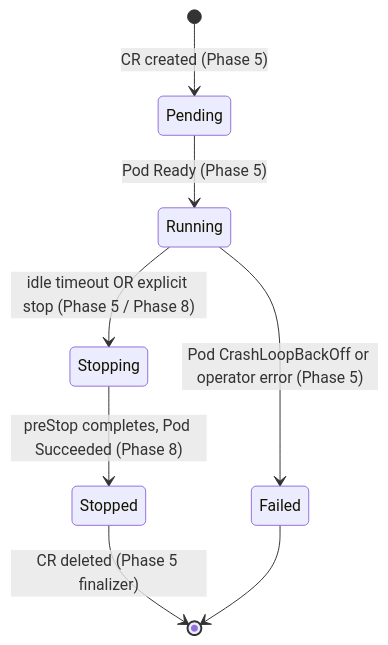
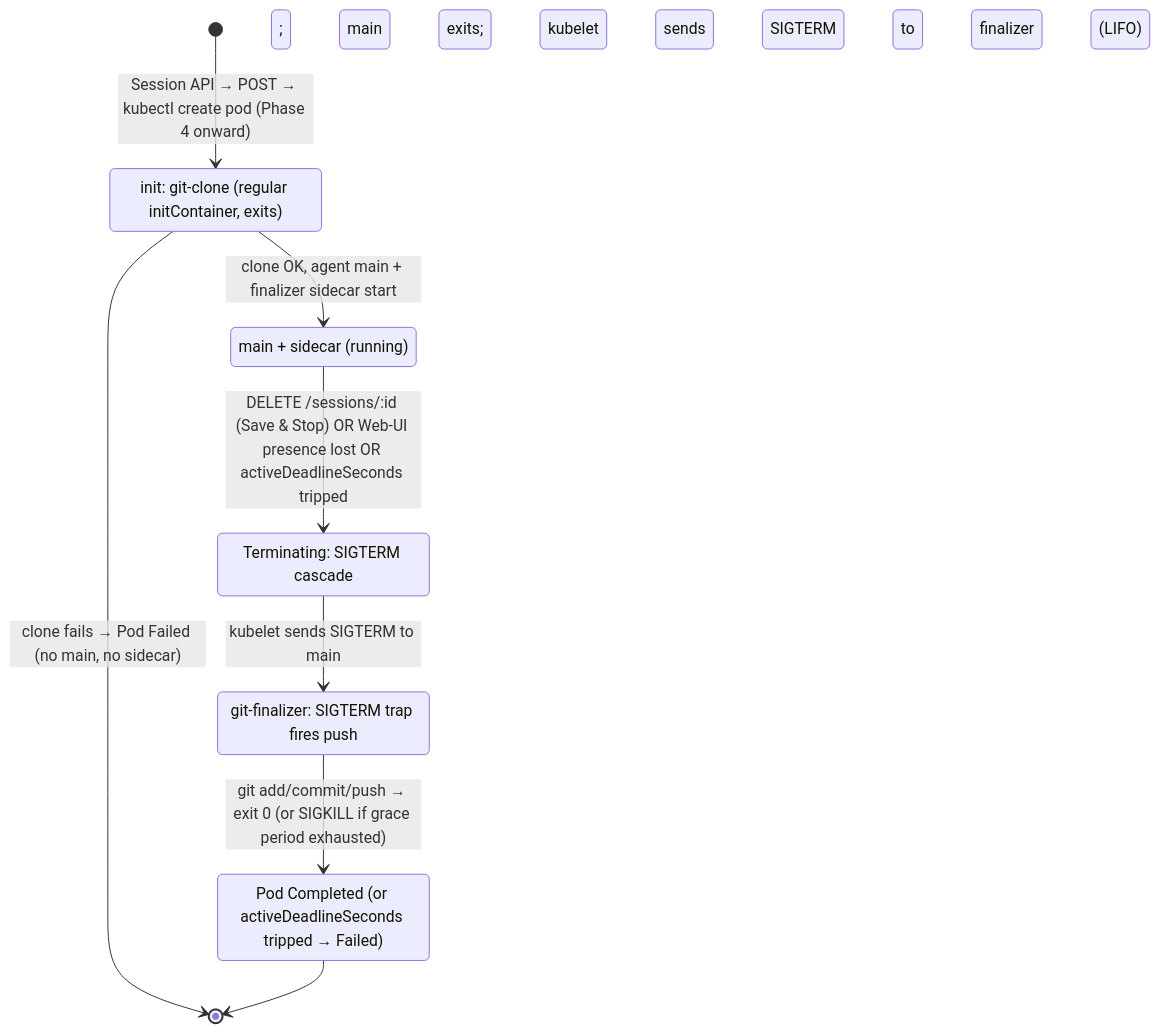
Before and after one commit to drigofonte/openvoid: the second of 3 diagrams in docs/plans/2026-05-01-001-feat-v1-staged-walkthrough-plan.md, drawn with Mermaid. The commit also changed other lines of this file and 1 other file, not shown here.

````diff
--- a/docs/plans/2026-05-01-001-feat-v1-staged-walkthrough-plan.md
+++ b/docs/plans/2026-05-01-001-feat-v1-staged-walkthrough-plan.md
@@ -263,10 +319,16 @@
 ```mermaid
 stateDiagram-v2
-    [*] --> Pending: CR created (Phase 5)
-    Pending --> Running: Pod Ready (Phase 5)
-    Running --> Stopping: idle timeout OR explicit stop (Phase 5 / Phase 8)
-    Stopping --> Stopped: preStop completes, Pod Succeeded (Phase 8)
-    Stopped --> [*]: CR deleted (Phase 5 finalizer)
-    Running --> Failed: Pod CrashLoopBackOff or operator error (Phase 5)
-    Failed --> [*]
+    state "init: git-clone (regular initContainer, exits)" as Init
+    state "main + sidecar (running)" as Running
+    state "Terminating: SIGTERM cascade" as Terminating
+    state "git-finalizer: SIGTERM trap fires push" as Finalizing
+    state "Pod Completed (or activeDeadlineSeconds tripped → Failed)" as End
+
+    [*] --> Init: Session API → POST → kubectl create pod (Phase 4 onward)
+    Init --> Running: clone OK, agent main + finalizer sidecar start
+    Running --> Terminating: DELETE /sessions/:id (Save & Stop) OR Web-UI presence lost OR activeDeadlineSeconds tripped
+    Terminating --> Finalizing: kubelet sends SIGTERM to main; main exits; kubelet sends SIGTERM to finalizer (LIFO)
+    Finalizing --> End: git add/commit/push → exit 0 (or SIGKILL if grace period exhausted)
+    Init --> [*]: clone fails → Pod Failed (no main, no sidecar)
+    End --> [*]
 ```
````
